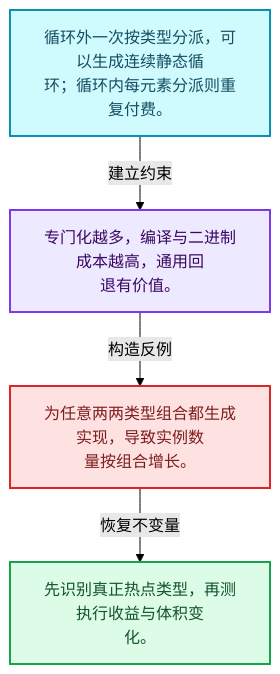
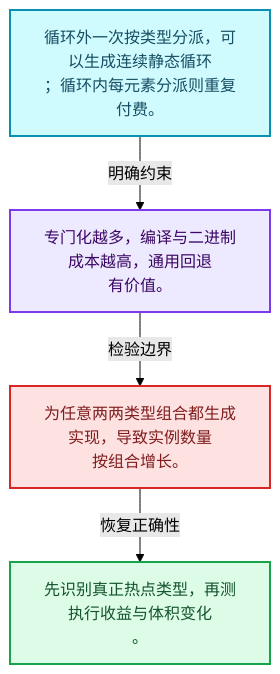
One commit to yunkezengren/blender-.vscode changed the first of 4 diagrams in 杂/markdown/全面学习-codex/03-内存分配与运行时类型/10-运行时到静态类型分派.md. Above: the diagram before and after it, drawn with Mermaid (forest theme). The commit also changed other lines of this file and 1930 other files, not shown here.

````diff
--- a/杂/markdown/全面学习-codex/03-内存分配与运行时类型/10-运行时到静态类型分派.md
+++ b/杂/markdown/全面学习-codex/03-内存分配与运行时类型/10-运行时到静态类型分派.md
@@ -29,16 +29,16 @@
 ```mermaid
 flowchart TB
-  M["循环外一次按类型分派，可以生成连续静态循<br/>环；循环内每元素分派则重复付费。"]:::data
-  T["专门化越多，编译与二进制成本越高，通用回<br/>退有价值。"]:::abstraction
-  X["为任意两两类型组合都生成实现，导致实例数<br/>量按组合增长。"]:::error
-  A["先识别真正热点类型，再测执行收益与体积变<br/>化。"]:::result
-  M -->|"建立约束"| T
-  T -->|"构造反例"| X
-  X -->|"恢复不变量"| A
+  M["循环外一次按类型分派，可以生成连续静态循环<br/>；循环内每元素分派则重复付费。"]:::data
+  C["专门化越多，编译与二进制成本越高，通用回退<br/>有价值。"]:::abstraction
+  B["为任意两两类型组合都生成实现，导致实例数量<br/>按组合增长。"]:::error
+  R["先识别真正热点类型，再测执行收益与体积变化<br/>。"]:::result
+  M -->|"明确约束"| C
+  C -->|"检验边界"| B
+  B -->|"恢复正确性"| R
   classDef input fill:#DBEAFE,stroke:#2563EB,color:#172554,stroke-width:2px;
   classDef data fill:#CFFAFE,stroke:#0891B2,color:#164E63,stroke-width:2px;
   classDef abstraction fill:#EDE9FE,stroke:#7C3AED,color:#3B0764,stroke-width:2px;
   classDef compute fill:#FEF3C7,stroke:#D97706,color:#78350F,stroke-width:2px;
   classDef result fill:#DCFCE7,stroke:#16A34A,color:#14532D,stroke-width:2px;
   classDef error fill:#FEE2E2,stroke:#DC2626,color:#7F1D1D,stroke-width:2px;
 ```
````
